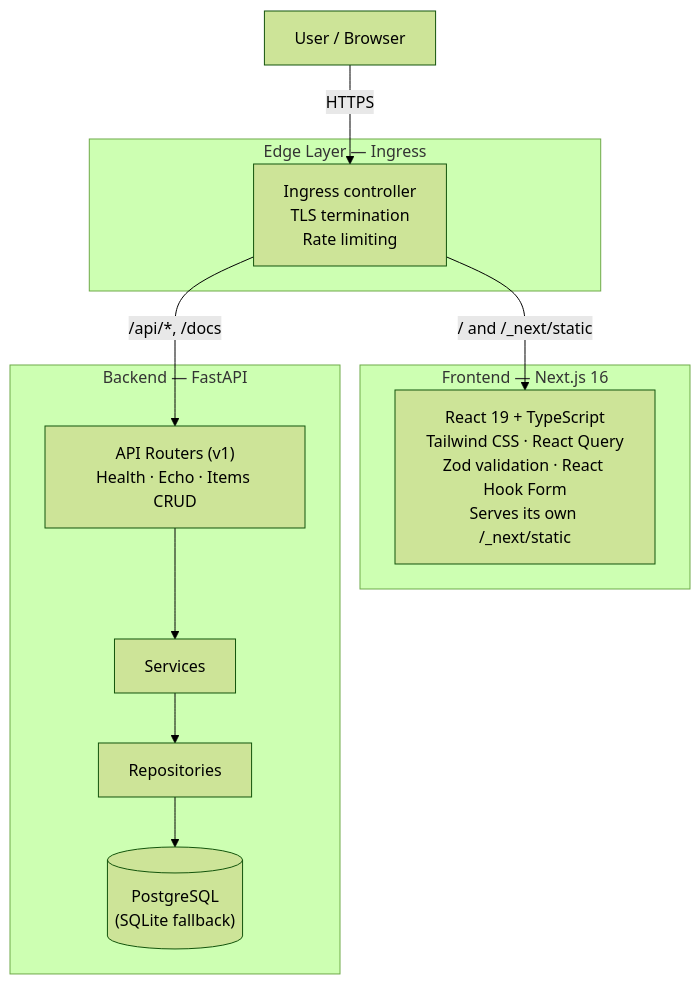
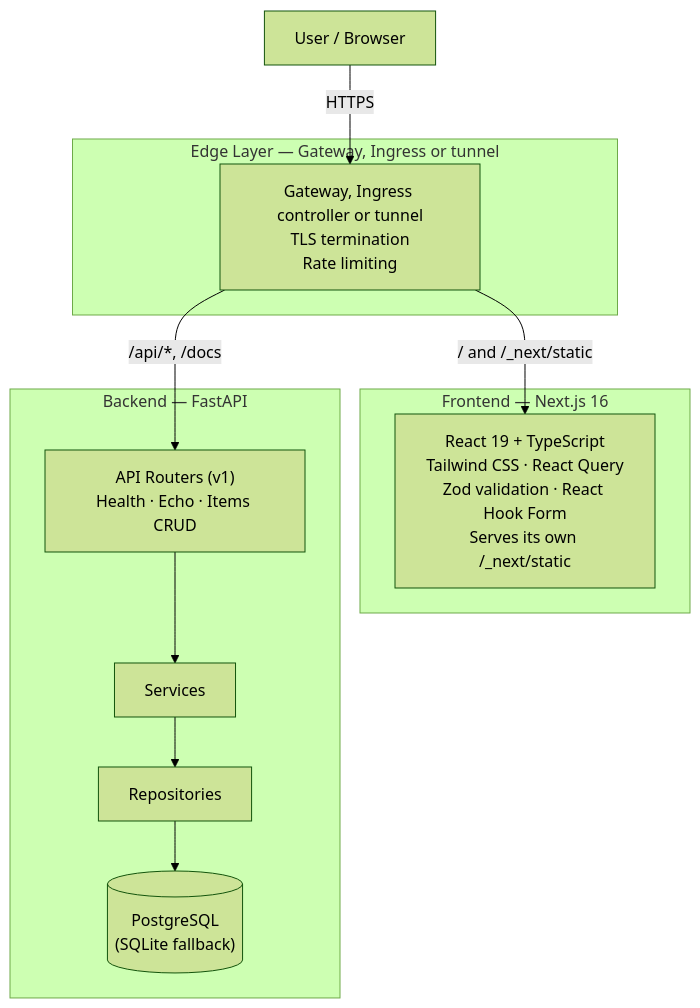
The diagram in wiki/README.md (berserkhmdvhb/fullstack_template), drawn with Mermaid (forest theme) before and after one commit. The commit also changed other lines of this file and 13 other files, not shown here.

First line of the commit message:
docs: the edge modes, the NetworkPolicy per mode, GKE policies and TLS; drop the nginx annotations

````diff
--- a/wiki/README.md
+++ b/wiki/README.md
@@ -24,24 +24,24 @@
 ```mermaid
 flowchart TB
     User["User / Browser"]
 
-    subgraph Edge["Edge Layer — Ingress"]
-        IC["Ingress controller<br/>TLS termination<br/>Rate limiting"]
+    subgraph Edge["Edge Layer — Gateway, Ingress or tunnel"]
+        IC["Gateway, Ingress controller or tunnel<br/>TLS termination<br/>Rate limiting"]
     end
 
     subgraph Frontend["Frontend — Next.js 16"]
         FE["React 19 + TypeScript<br/>Tailwind CSS · React Query<br/>Zod validation · React Hook Form<br/>Serves its own /_next/static"]
     end
 
     subgraph Backend["Backend — FastAPI"]
         API["API Routers (v1)<br/>Health · Echo · Items CRUD"]
         SVC["Services"]
         REPO["Repositories"]
         DB[("PostgreSQL<br/>(SQLite fallback)")]
     end
 
     User -->|"HTTPS"| IC
     IC -->|"/ and /_next/static"| FE
     IC -->|"/api/*, /docs"| API
     API --> SVC --> REPO --> DB
 ```
````
